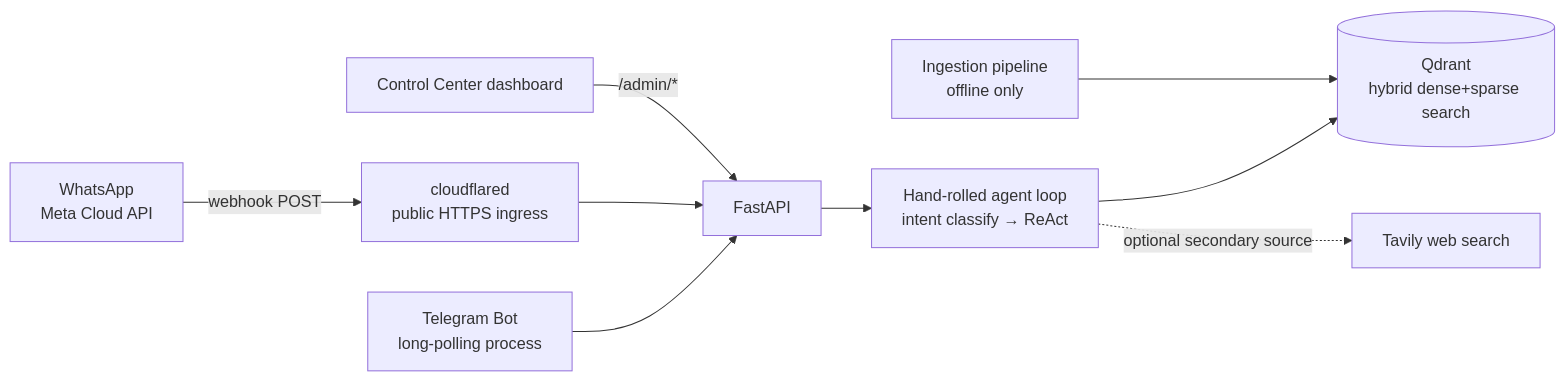
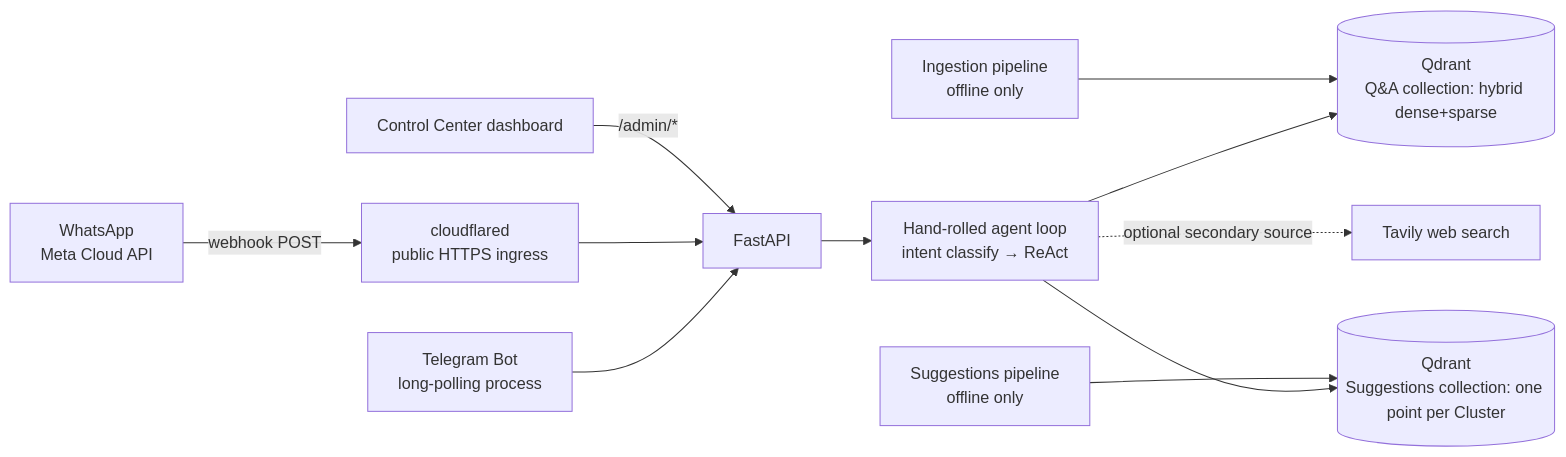
The diagram in README.md (jooaobrum/habitantes-grenoble-agent), drawn with Mermaid before and after one commit. The commit also changed other lines of this file and 11 other files, not shown here.

````diff
--- a/README.md
+++ b/README.md
@@ -9,10 +16,12 @@
 ```mermaid
 flowchart LR
     TG[Telegram Bot<br>long-polling process] --> API[FastAPI]
     WA[WhatsApp<br>Meta Cloud API] -->|webhook POST| CF[cloudflared<br>public HTTPS ingress] --> API
     API --> Agent[Hand-rolled agent loop<br>intent classify → ReAct]
-    Agent --> DB[(Qdrant<br>hybrid dense+sparse search)]
+    Agent --> DB[(Qdrant<br>Q&A collection: hybrid dense+sparse)]
+    Agent --> SDB[(Qdrant<br>Suggestions collection: one point per Cluster)]
     Agent -.->|optional secondary source| Web[Tavily web search]
     Admin[Control Center dashboard] -->|/admin/*| API
     Ingest[Ingestion pipeline<br>offline only] --> DB
+    SIngest[Suggestions pipeline<br>offline only] --> SDB
 ```
````
